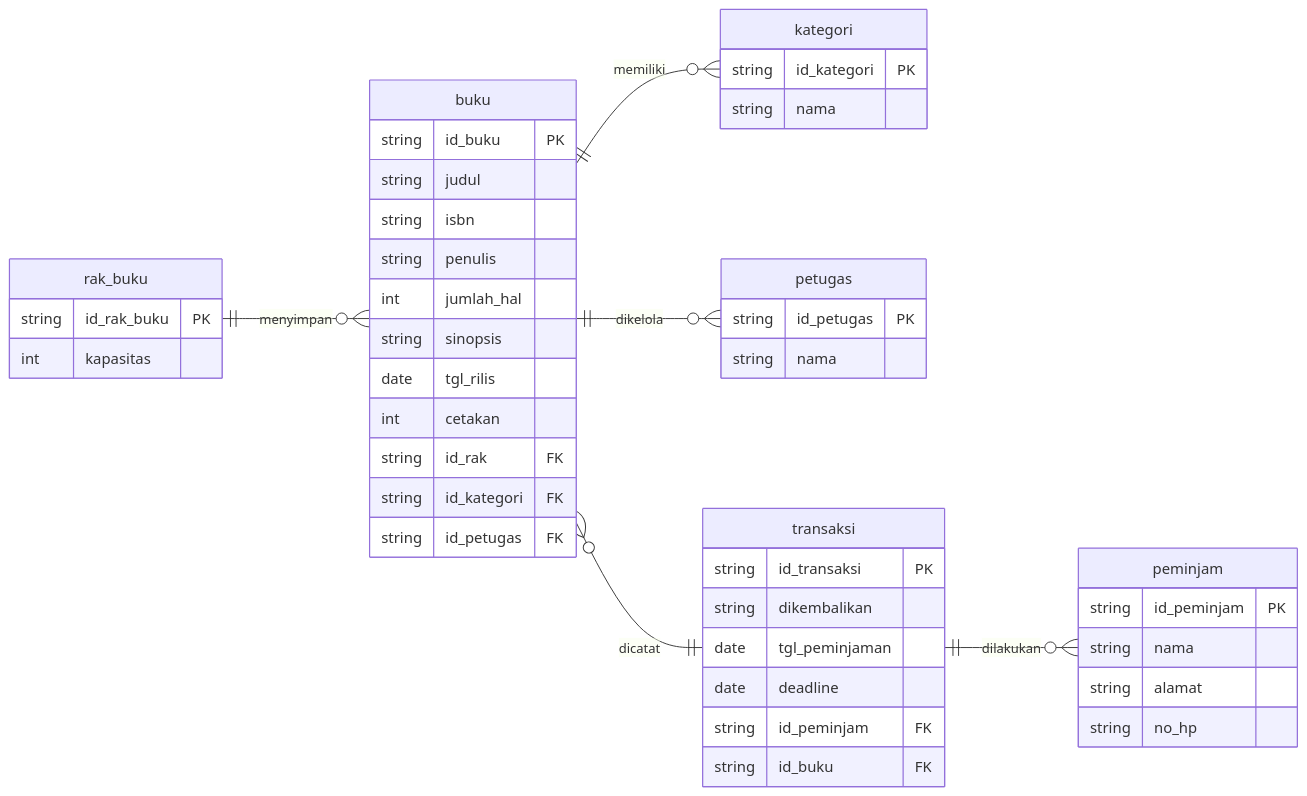
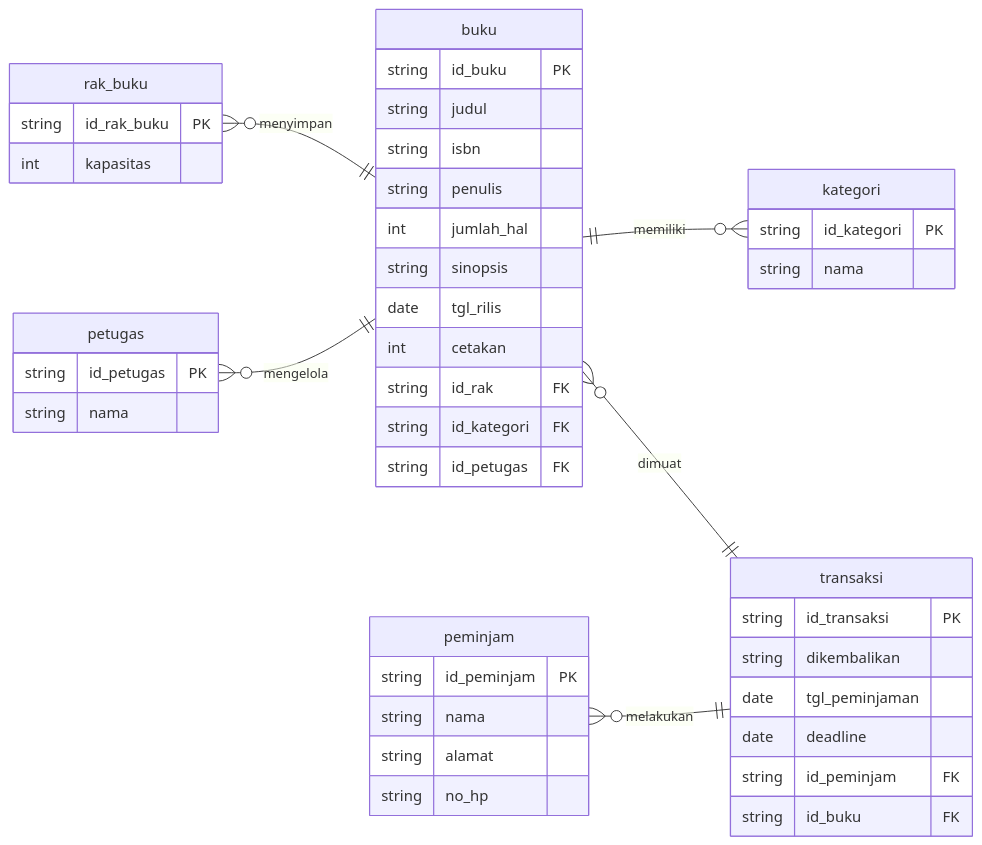
Before and after one commit to yusufbahtiarr/fgo24-db-erd: the diagram in readme.MD, drawn with Mermaid.

Commit message:
fix: fix relation erd

````diff
--- a/readme.MD
+++ b/readme.MD
@@ -5,50 +5,50 @@
 ```mermaid
 erDiagram
     direction LR
-    rak_buku ||--o{ buku  : menyimpan
+    rak_buku }o--|| buku  : menyimpan
+    petugas }o--|| buku : mengelola
+    buku ||--o{ kategori : memiliki
+    buku }o--|| transaksi : dimuat
+    peminjam }o--|| transaksi : melakukan
+    petugas {
+        string id_petugas PK
+        string nama
+    }
     rak_buku {
         string id_rak_buku PK
         int kapasitas
     }
-    buku ||--o{ kategori : memiliki
-    buku ||--o{ petugas : dikelola
-    buku }o--|| transaksi : dicatat
     buku {
         string id_buku PK
         string judul
         string isbn
         string penulis
         int jumlah_hal
         string sinopsis
         date tgl_rilis
         int cetakan
         string id_rak FK
         string id_kategori FK
         string id_petugas FK
     }
     kategori {
         string id_kategori PK
         string nama
     }
 
-    petugas {
-        string id_petugas PK
-        string nama
-    }
     peminjam {
         string id_peminjam PK
         string nama
         string alamat
         string no_hp
     }
-    transaksi ||--o{ peminjam : dilakukan
     transaksi {
         string id_transaksi PK
         string dikembalikan
         date tgl_peminjaman
         date deadline
         string id_peminjam FK
         string id_buku FK
     }
 
 ```
````
